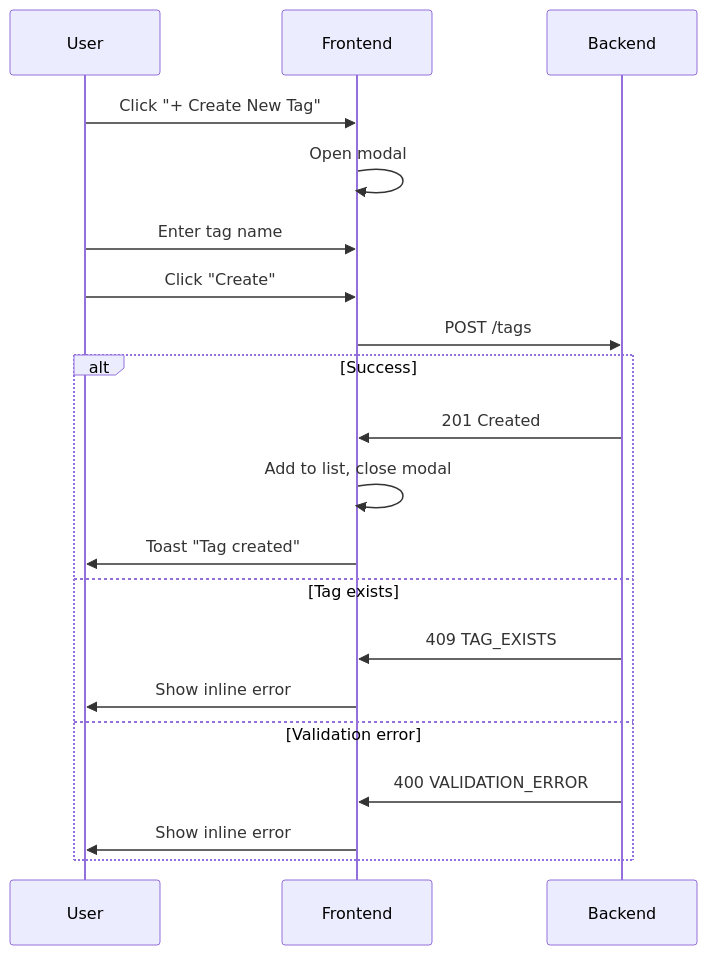
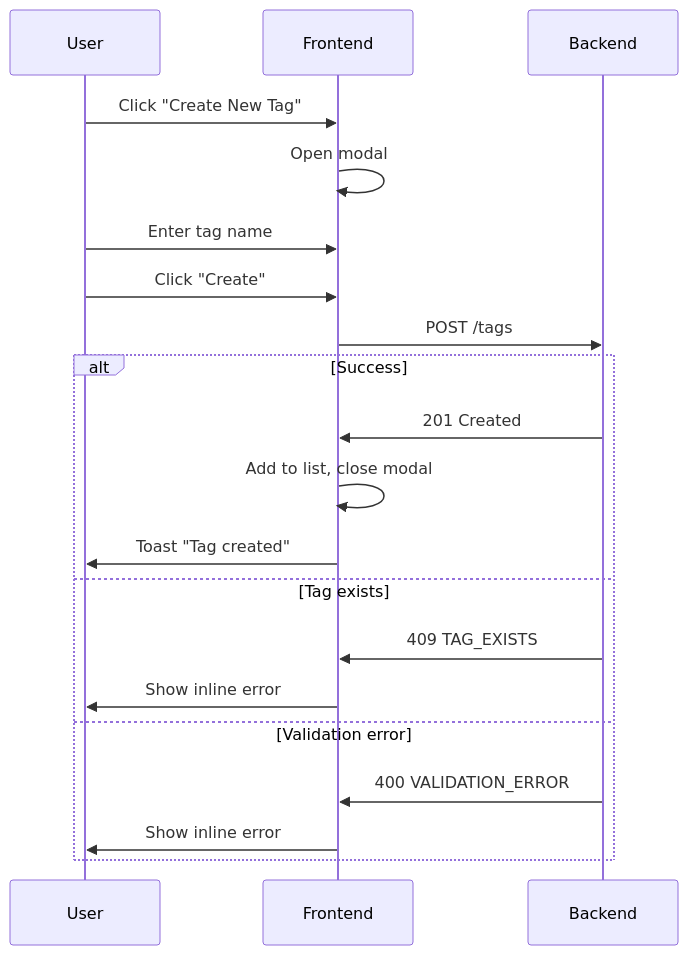
The third of 6 diagrams in docs/architecture/state_machine.md (Jayzhong/LiteVault), drawn with Mermaid before and after one commit. The commit also changed 42 other files, not shown here.

````diff
--- a/docs/architecture/state_machine.md
+++ b/docs/architecture/state_machine.md
@@ -191,24 +191,24 @@
 ```mermaid
 sequenceDiagram
     participant User
     participant Frontend
     participant Backend
     
-    User->>Frontend: Click "+ Create New Tag"
+    User->>Frontend: Click "Create New Tag"
     Frontend->>Frontend: Open modal
     User->>Frontend: Enter tag name
     User->>Frontend: Click "Create"
     Frontend->>Backend: POST /tags
     
     alt Success
         Backend->>Frontend: 201 Created
         Frontend->>Frontend: Add to list, close modal
         Frontend->>User: Toast "Tag created"
     else Tag exists
         Backend->>Frontend: 409 TAG_EXISTS
         Frontend->>User: Show inline error
     else Validation error
         Backend->>Frontend: 400 VALIDATION_ERROR
         Frontend->>User: Show inline error
     end
 ```
````
